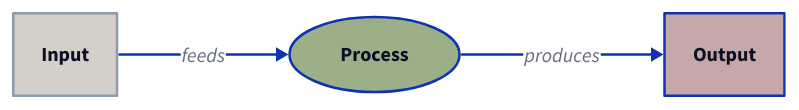
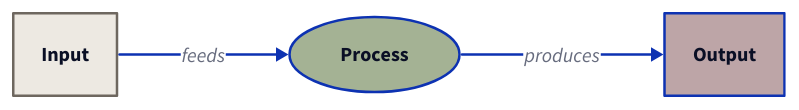
Before and after one commit to hackerjackL/SciForge-OSS: the diagram in skills/meta-skills/unified-plotting/SKILL.md, drawn with D2. The commit also changed other lines of this file and 7 other files, not shown here.

````diff
--- a/skills/meta-skills/unified-plotting/SKILL.md
+++ b/skills/meta-skills/unified-plotting/SKILL.md
@@ -199,8 +221,8 @@
 ```d2
 direction: right
-Input: {shape: rectangle; style.fill: "#D4CFC9"; style.stroke: "#8B9DAF"}
-Process: {shape: oval; style.fill: "#9CAF88"}
-Output: {shape: rectangle; style.fill: "#C7A8A8"}
+Input: {shape: rectangle; style.fill: "#EDE9E2"; style.stroke: "#6E675F"}
+Process: {shape: oval; style.fill: "#A4B294"}
+Output: {shape: rectangle; style.fill: "#BDA5A7"}
 Input -> Process: "feeds"
 Process -> Output: "produces"
 ```
````
